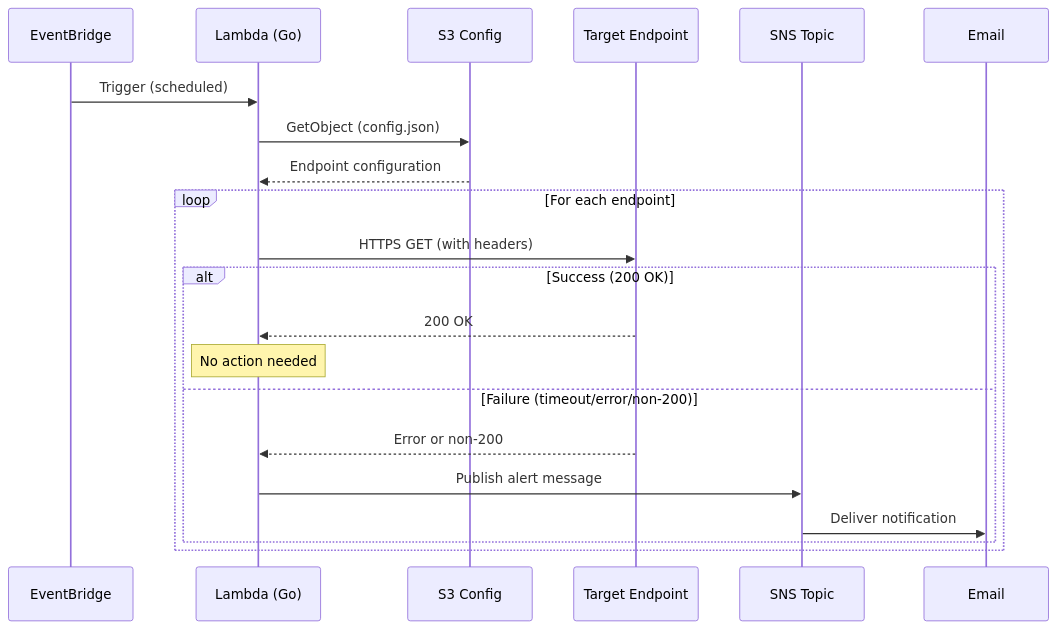
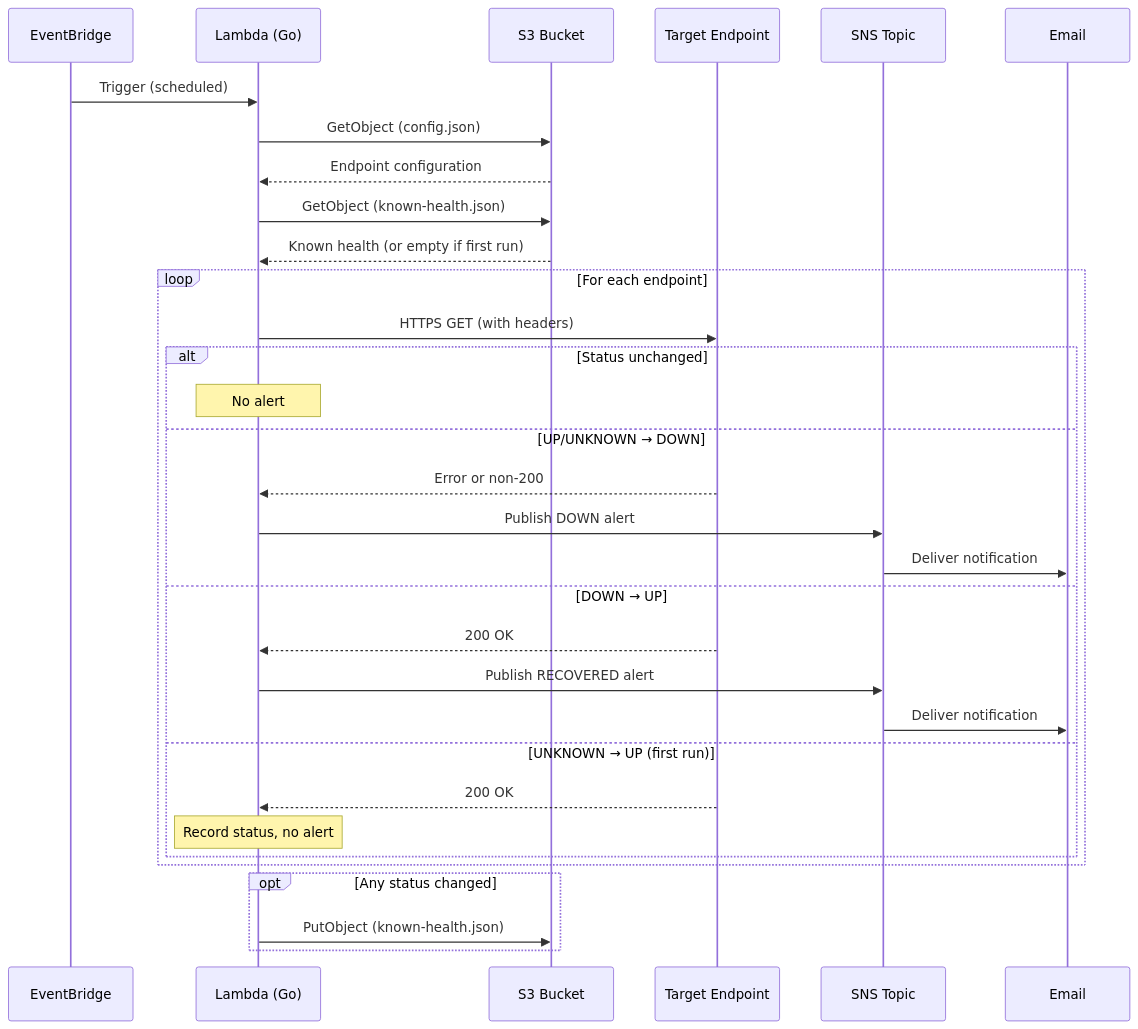
One commit to JonShort/cheap-uptime-monitor changed the second of 6 diagrams in Architecture/diagram.md. Above: the diagram before and after it, drawn with Mermaid. The commit also changed other lines of this file and 11 other files, not shown here.

````diff
--- a/Architecture/diagram.md
+++ b/Architecture/diagram.md
@@ -69,25 +70,37 @@
 ```mermaid
 sequenceDiagram
     participant EB as EventBridge
     participant Lambda as Lambda (Go)
-    participant S3 as S3 Config
+    participant S3 as S3 Bucket
     participant Endpoint as Target Endpoint
     participant SNS as SNS Topic
     participant Email as Email
 
     EB->>Lambda: Trigger (scheduled)
     Lambda->>S3: GetObject (config.json)
     S3-->>Lambda: Endpoint configuration
+    Lambda->>S3: GetObject (known-health.json)
+    S3-->>Lambda: Known health (or empty if first run)
 
     loop For each endpoint
         Lambda->>Endpoint: HTTPS GET (with headers)
-        alt Success (200 OK)
+        alt Status unchanged
+            Note over Lambda: No alert
+        else UP/UNKNOWN → DOWN
+            Endpoint-->>Lambda: Error or non-200
+            Lambda->>SNS: Publish DOWN alert
+            SNS->>Email: Deliver notification
+        else DOWN → UP
             Endpoint-->>Lambda: 200 OK
-            Note over Lambda: No action needed
-        else Failure (timeout/error/non-200)
-            Endpoint-->>Lambda: Error or non-200
-            Lambda->>SNS: Publish alert message
+            Lambda->>SNS: Publish RECOVERED alert
             SNS->>Email: Deliver notification
+        else UNKNOWN → UP (first run)
+            Endpoint-->>Lambda: 200 OK
+            Note over Lambda: Record status, no alert
         end
     end
+
+    opt Any status changed
+        Lambda->>S3: PutObject (known-health.json)
+    end
 ```
````
